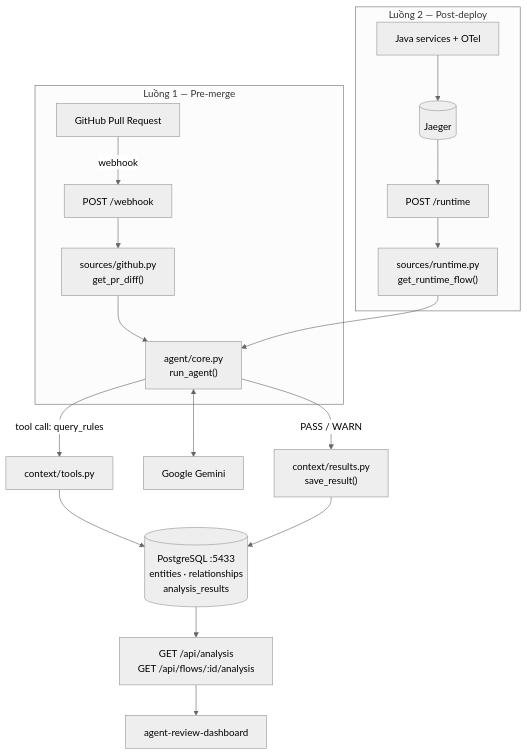
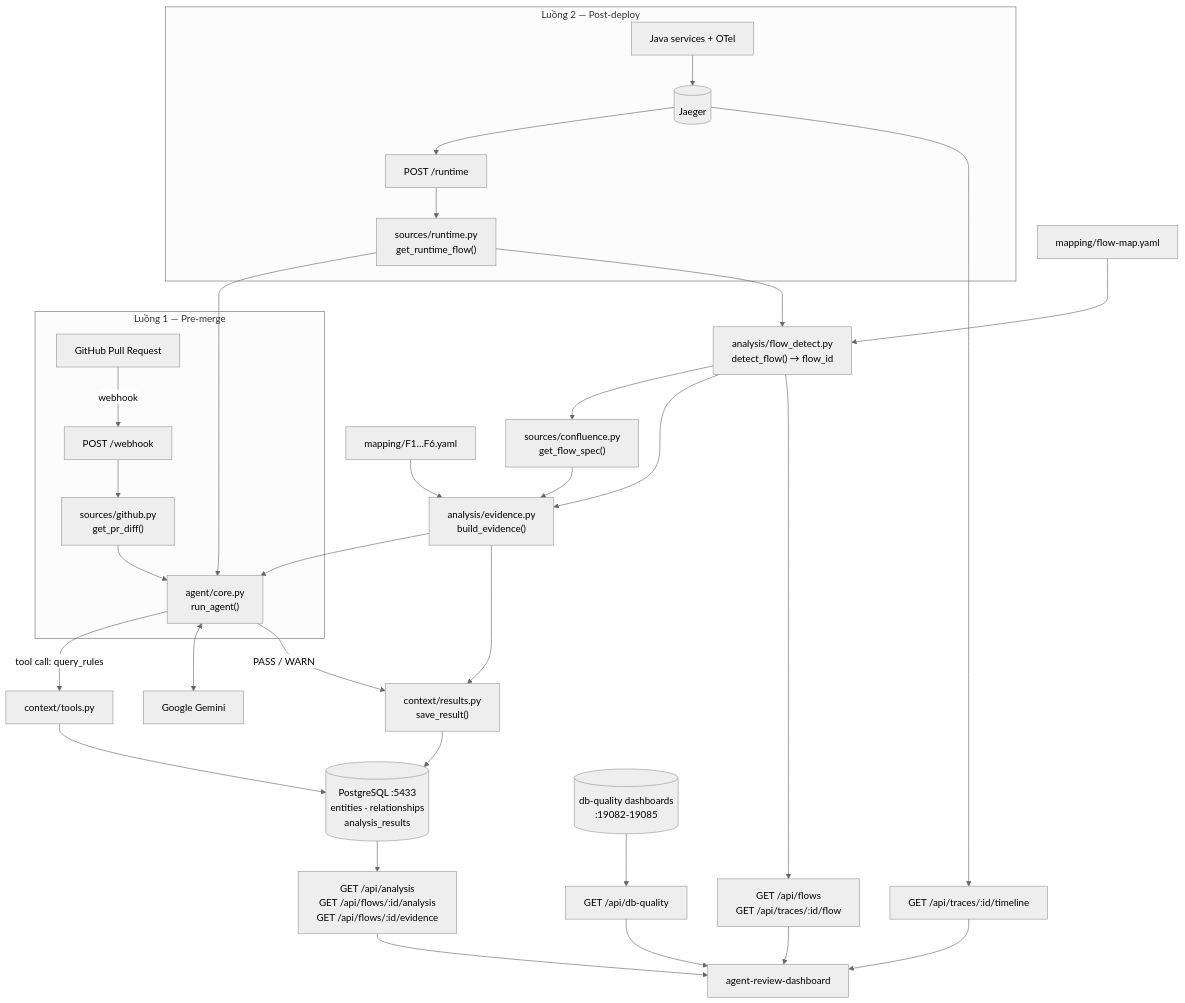
One commit to talent-vds-global/agent-review changed the diagram in README.md. Above: the diagram before and after it, drawn with Mermaid (neutral theme). The commit also changed other lines of this file and 23 other files, not shown here.

First line of the commit message:
Add flow detection and evidence mapping

````diff
--- a/README.md
+++ b/README.md
@@ -22,23 +23,38 @@
 ```mermaid
 graph TD
     subgraph PreMerge["Luồng 1 — Pre-merge"]
         PR[GitHub Pull Request] -->|webhook| WH["POST /webhook"]
         WH --> GH["sources/github.py<br/>get_pr_diff()"]
         GH --> CORE
     end
 
     subgraph PostDeploy["Luồng 2 — Post-deploy"]
         APP[Java services + OTel] --> JG[(Jaeger)]
         JG --> RT["POST /runtime"]
         RT --> PS["sources/runtime.py<br/>get_runtime_flow()"]
         PS --> CORE
     end
 
+    PS --> FD
+    FMAP["mapping/flow-map.yaml"] --> FD
+    FD["analysis/flow_detect.py<br/>detect_flow() → flow_id"] --> CF
+    FD --> EV
+    CF["sources/confluence.py<br/>get_flow_spec()"] --> EV
+    MAP["mapping/F1…F6.yaml"] --> EV
+    EV["analysis/evidence.py<br/>build_evidence()"] --> CORE
+
     CORE["agent/core.py<br/>run_agent()"] -->|tool call: query_rules| TOOLS["context/tools.py"]
     TOOLS --> DB[("PostgreSQL :5433<br/>entities · relationships<br/>analysis_results")]
     CORE <--> LLM["Google Gemini"]
     CORE -->|PASS / WARN| SAVE["context/results.py<br/>save_result()"]
+    EV --> SAVE
     SAVE --> DB
-    DB --> API["GET /api/analysis<br/>GET /api/flows/:id/analysis"]
+    DB --> API["GET /api/analysis<br/>GET /api/flows/:id/analysis<br/>GET /api/flows/:id/evidence"]
+    FD --> FAPI["GET /api/flows<br/>GET /api/traces/:id/flow"]
+    FAPI --> UI
+    JG --> TL["GET /api/traces/:id/timeline"]
+    DQ[("db-quality dashboards<br/>:19082-19085")] --> DQAPI["GET /api/db-quality"]
     API --> UI["agent-review-dashboard"]
+    TL --> UI
+    DQAPI --> UI
 ```
````
